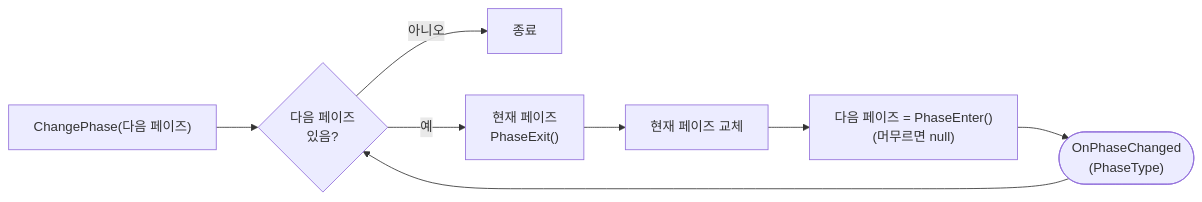
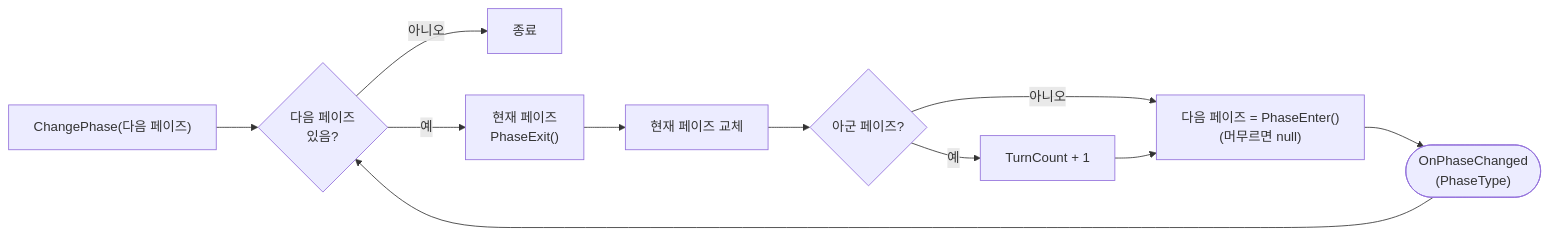
Diagram 14 of 31 in Docs/ImplementDocs/Diagram.md (jayy5288sk/PersonalProject), drawn with Mermaid before and after one commit. The commit also changed other lines of this file and 23 other files, not shown here.

````diff
--- a/Docs/ImplementDocs/Diagram.md
+++ b/Docs/ImplementDocs/Diagram.md
@@ -298,10 +305,13 @@
 ```mermaid
 flowchart LR
     Req["ChangePhase(다음 페이즈)"] --> Loop{"다음 페이즈<br/>있음?"}
     Loop -->|아니오| End["종료"]
     Loop -->|예| Exit["현재 페이즈<br/>PhaseExit()"]
     Exit --> Swap["현재 페이즈 교체"]
-    Swap --> Enter["다음 페이즈 = PhaseEnter()<br/>(머무르면 null)"]
+    Swap --> Turn{"아군 페이즈?"}
+    Turn -->|예| Count["TurnCount + 1"]
+    Turn -->|아니오| Enter
+    Count --> Enter["다음 페이즈 = PhaseEnter()<br/>(머무르면 null)"]
     Enter --> Evt(["OnPhaseChanged<br/>(PhaseType)"])
     Evt --> Loop
 ```
````
